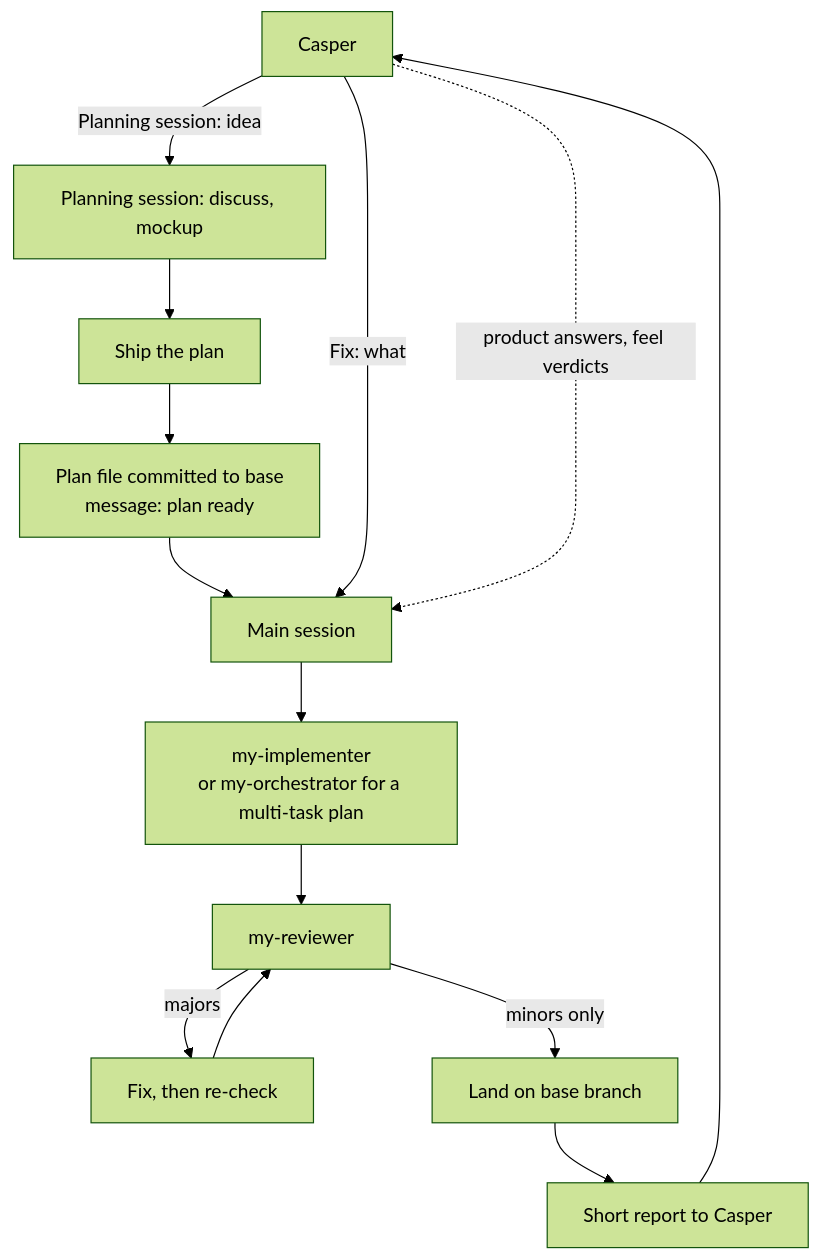
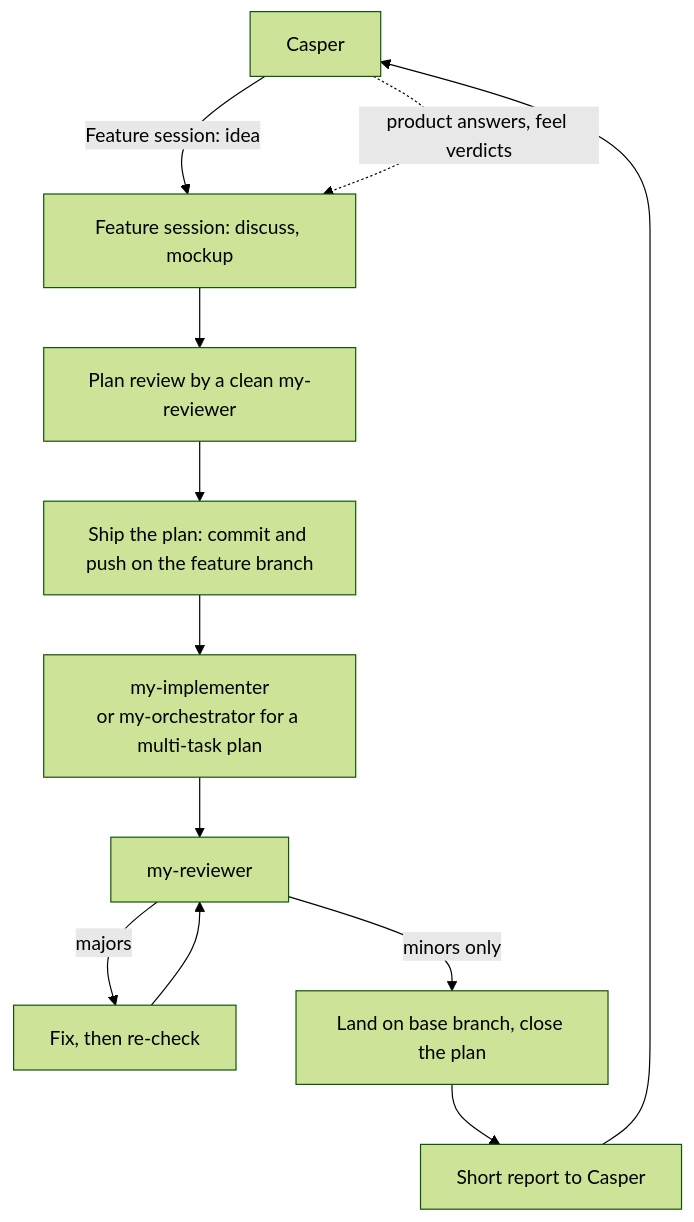
Before and after one commit to CasperVerswijvelt/dotfiles: the diagram in claude/README.md, drawn with Mermaid (forest theme). The commit also changed other lines of this file and 10 other files, not shown here.

Commit message:
Feature sessions replace the main session

````diff
--- a/claude/README.md
+++ b/claude/README.md
@@ -17,22 +16,19 @@
 ```mermaid
 flowchart TD
     C[Casper]
-    P[Planning session: discuss, mockup]
-    S["Ship the plan"]
-    F[Plan file committed to base<br/>message: plan ready]
-    M[Main session]
+    P[Feature session: discuss, mockup]
+    V[Plan review by a clean my-reviewer]
+    S["Ship the plan: commit and push on the feature branch"]
     I[my-implementer<br/>or my-orchestrator for a multi-task plan]
     R[my-reviewer]
     X[Fix, then re-check]
-    L[Land on base branch]
+    L[Land on base branch, close the plan]
     O[Short report to Casper]
 
-    C -->|"Planning session: idea"| P
-    P --> S --> F --> M
-    C -->|"Fix: what"| M
-    M --> I --> R
+    C -->|"Feature session: idea"| P
+    P --> V --> S --> I --> R
     R -->|minors only| L
     R -->|majors| X --> R
     L --> O --> C
-    C -.->|product answers, feel verdicts| M
+    C -.->|product answers, feel verdicts| P
 ```
````
